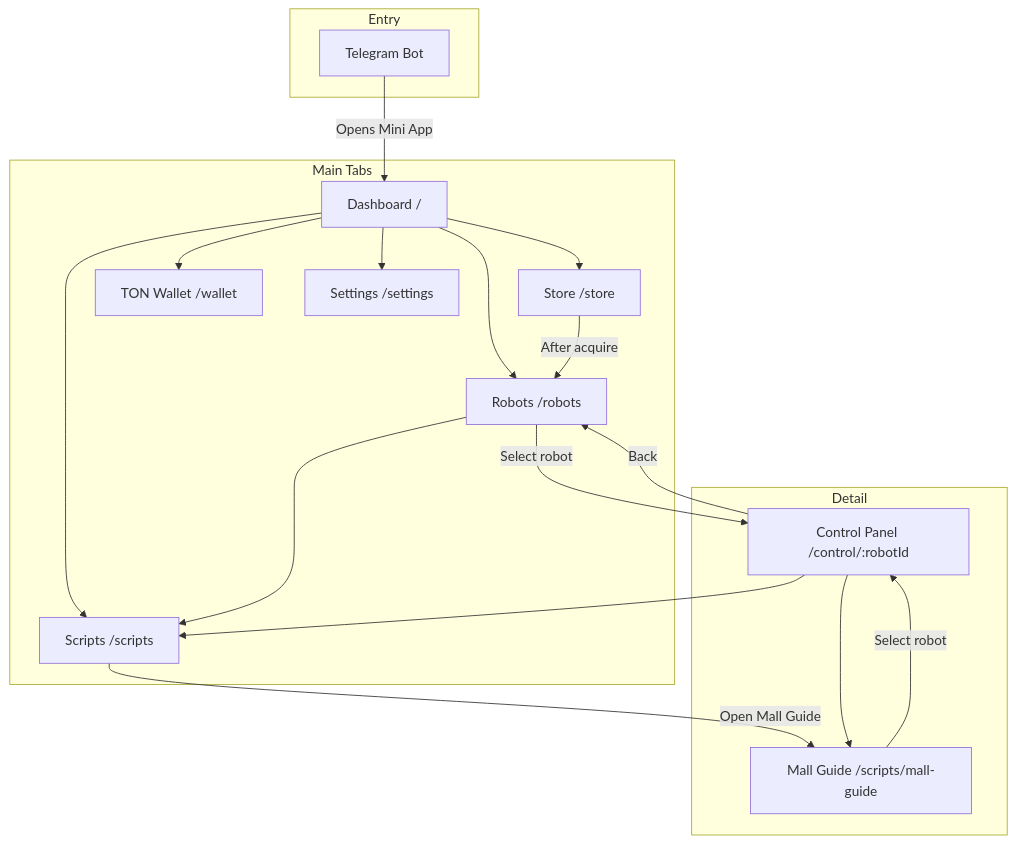
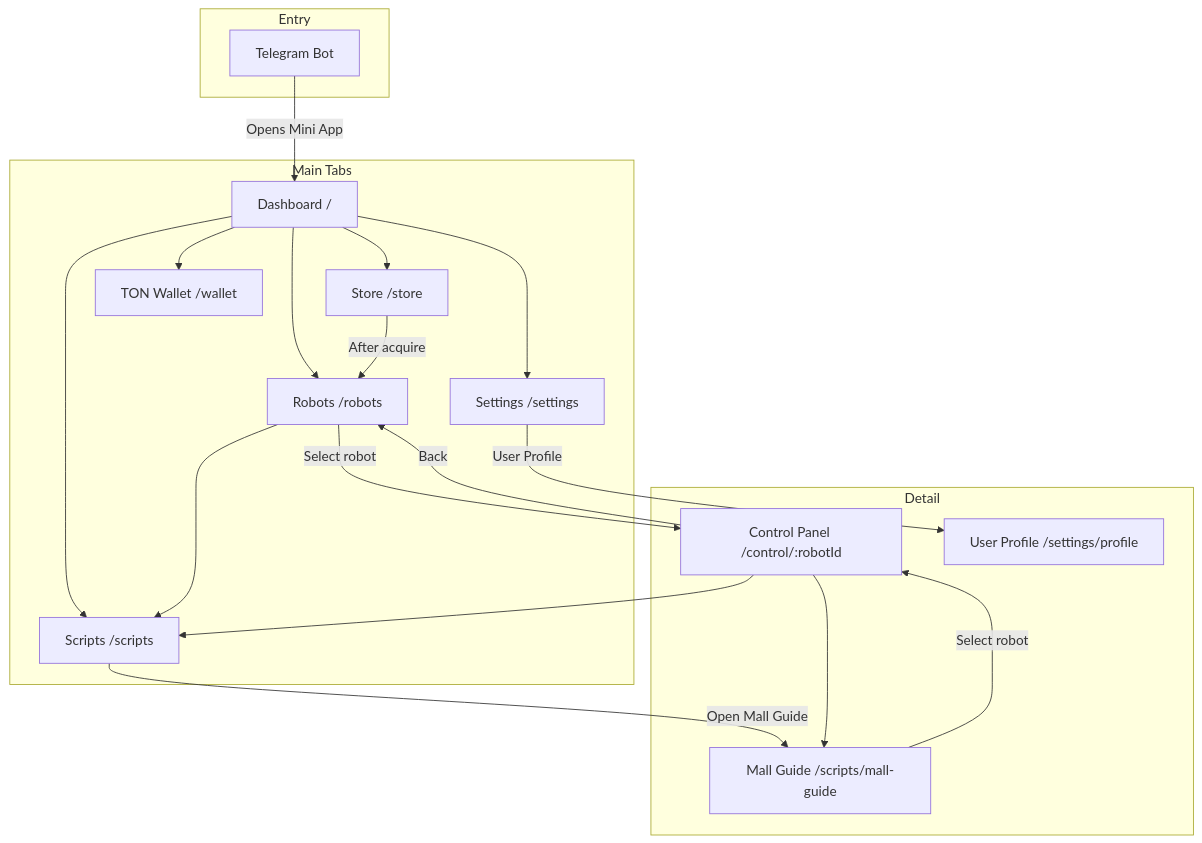
Before and after one commit to Saitosar/sai-aurosy-telegram-mini-app: the first of 2 diagrams in docs/ux/screen-map.md, drawn with Mermaid. The commit also changed other lines of this file and 18 other files, not shown here.

Commit message:
Enhance frontend architecture by adding Theme and Locale providers, updating settings screen with user profile, theme toggle, and language selector. Update app title and manifest for consistency. Refactor dashboard and settings components for improved user experience.

````diff
--- a/docs/ux/screen-map.md
+++ b/docs/ux/screen-map.md
@@ -28,35 +29,37 @@
 ```mermaid
 flowchart TB
     subgraph Entry [Entry]
         TelegramBot[Telegram Bot]
     end
 
     subgraph MainTabs [Main Tabs]
         Dashboard[Dashboard /]
         Robots[Robots /robots]
         Store[Store /store]
         Wallet[TON Wallet /wallet]
         Scripts[Scripts /scripts]
         Settings[Settings /settings]
     end
 
     subgraph Detail [Detail]
         ControlPanel[Control Panel /control/:robotId]
         MallGuide[Mall Guide /scripts/mall-guide]
+        UserProfile[User Profile /settings/profile]
     end
 
     TelegramBot -->|"Opens Mini App"| Dashboard
     Dashboard --> Robots
     Dashboard --> Store
     Dashboard --> Wallet
     Dashboard --> Scripts
     Dashboard --> Settings
+    Settings -->|"User Profile"| UserProfile
     Robots -->|"Select robot"| ControlPanel
     Robots --> Scripts
     Store -->|"After acquire"| Robots
     Scripts -->|"Open Mall Guide"| MallGuide
     MallGuide -->|"Select robot"| ControlPanel
     ControlPanel -->|"Back"| Robots
     ControlPanel --> Scripts
     ControlPanel --> MallGuide
 ```
````
